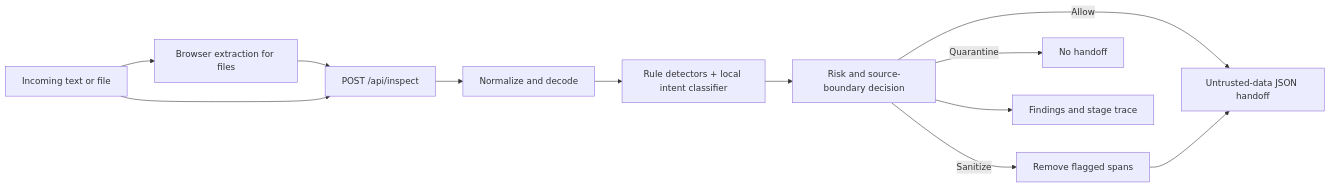
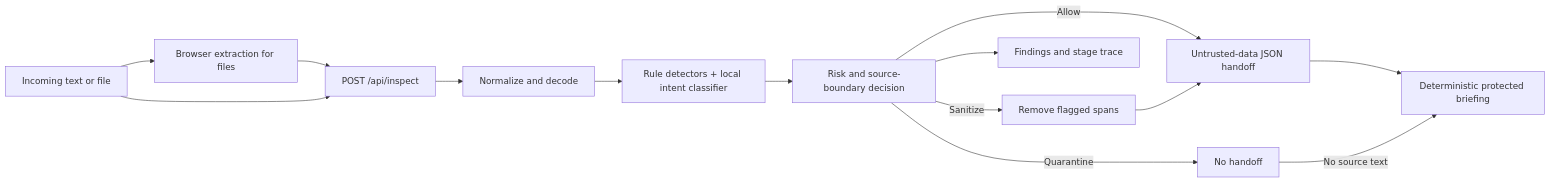
The diagram in ARCHITECTURE.md (AchyuthGenAI/Agent_shield_AI), drawn with Mermaid before and after one commit. The commit also changed other lines of this file and 13 other files, not shown here.

````diff
--- a/ARCHITECTURE.md
+++ b/ARCHITECTURE.md
@@ -7,14 +7,16 @@
 ```mermaid
 flowchart LR
   A[Incoming text or file] --> B[Browser extraction for files]
   B --> C[POST /api/inspect]
   A --> C
   C --> D[Normalize and decode]
   D --> E[Rule detectors + local intent classifier]
   E --> F[Risk and source-boundary decision]
   F -->|Allow| G[Untrusted-data JSON handoff]
   F -->|Sanitize| H[Remove flagged spans]
   H --> G
   F -->|Quarantine| I[No handoff]
   F --> J[Findings and stage trace]
+  G --> K[Deterministic protected briefing]
+  I -->|No source text| K
 ```
````
